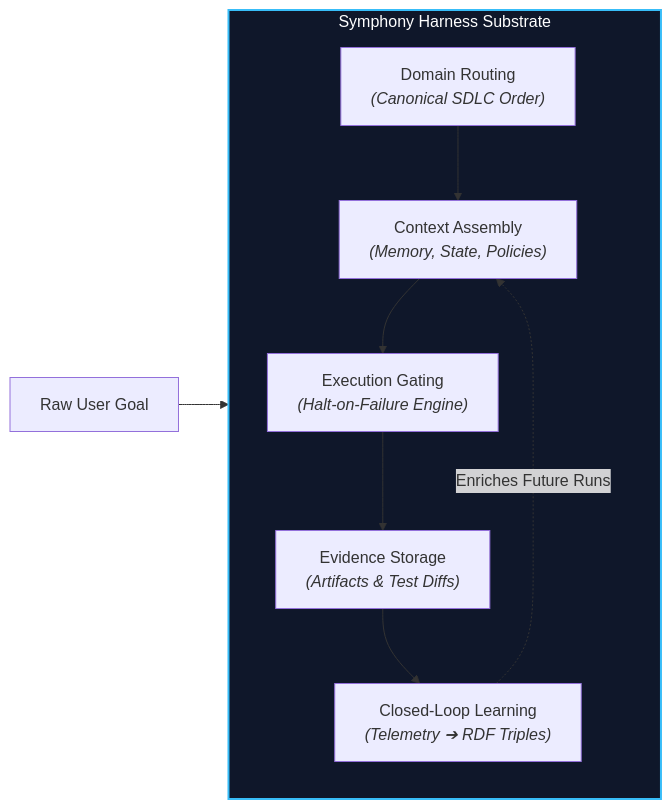
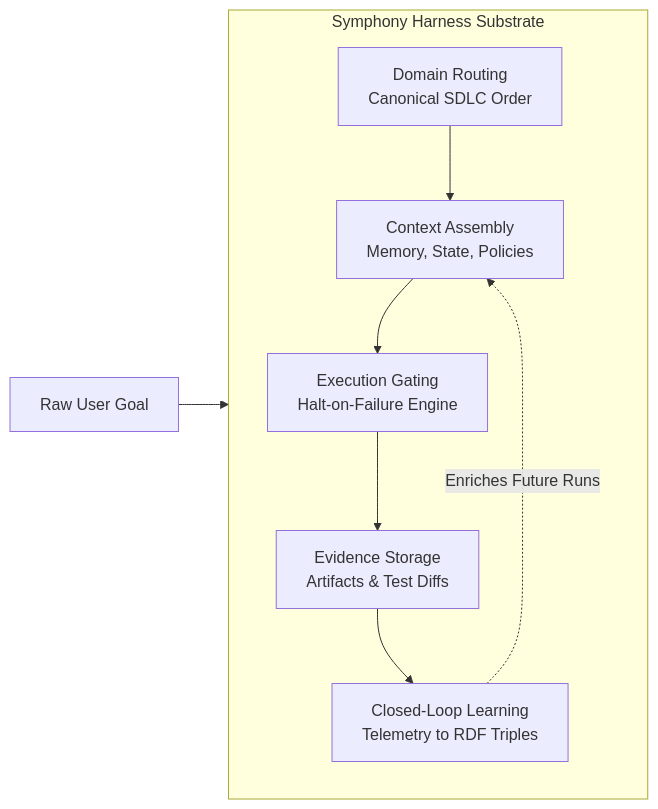
The third of 16 diagrams in README.md (jacobjerryarackal/harness-engineering), drawn with Mermaid before and after one commit. The commit also changed other lines of this file, not shown here.

Commit message:
docs: clean up Mermaid diagrams by removing styling and replace HLD diagram with static image link

````diff
--- a/README.md
+++ b/README.md
@@ -184,20 +176,18 @@
 ```mermaid
 flowchart LR
     subgraph HarnessSubstrate["Symphony Harness Substrate"]
         direction TB
-        CR["Context Assembly<br/><i>(Memory, State, Policies)</i>"]
-        DR["Domain Routing<br/><i>(Canonical SDLC Order)</i>"]
-        EG["Execution Gating<br/><i>(Halt-on-Failure Engine)</i>"]
-        EV["Evidence Storage<br/><i>(Artifacts & Test Diffs)</i>"]
-        LF["Closed-Loop Learning<br/><i>(Telemetry ➔ RDF Triples)</i>"]
+        CR["Context Assembly<br/>Memory, State, Policies"]
+        DR["Domain Routing<br/>Canonical SDLC Order"]
+        EG["Execution Gating<br/>Halt-on-Failure Engine"]
+        EV["Evidence Storage<br/>Artifacts & Test Diffs"]
+        LF["Closed-Loop Learning<br/>Telemetry to RDF Triples"]
     end
 
     Goal["Raw User Goal"] --> DR
     DR --> CR
     CR --> EG
     EG --> EV
     EV --> LF
     LF -.->|Enriches Future Runs| CR
-
-    style HarnessSubstrate fill:#0f172a,stroke:#38bdf8,stroke-width:2px,color:#fff
 ```
````
